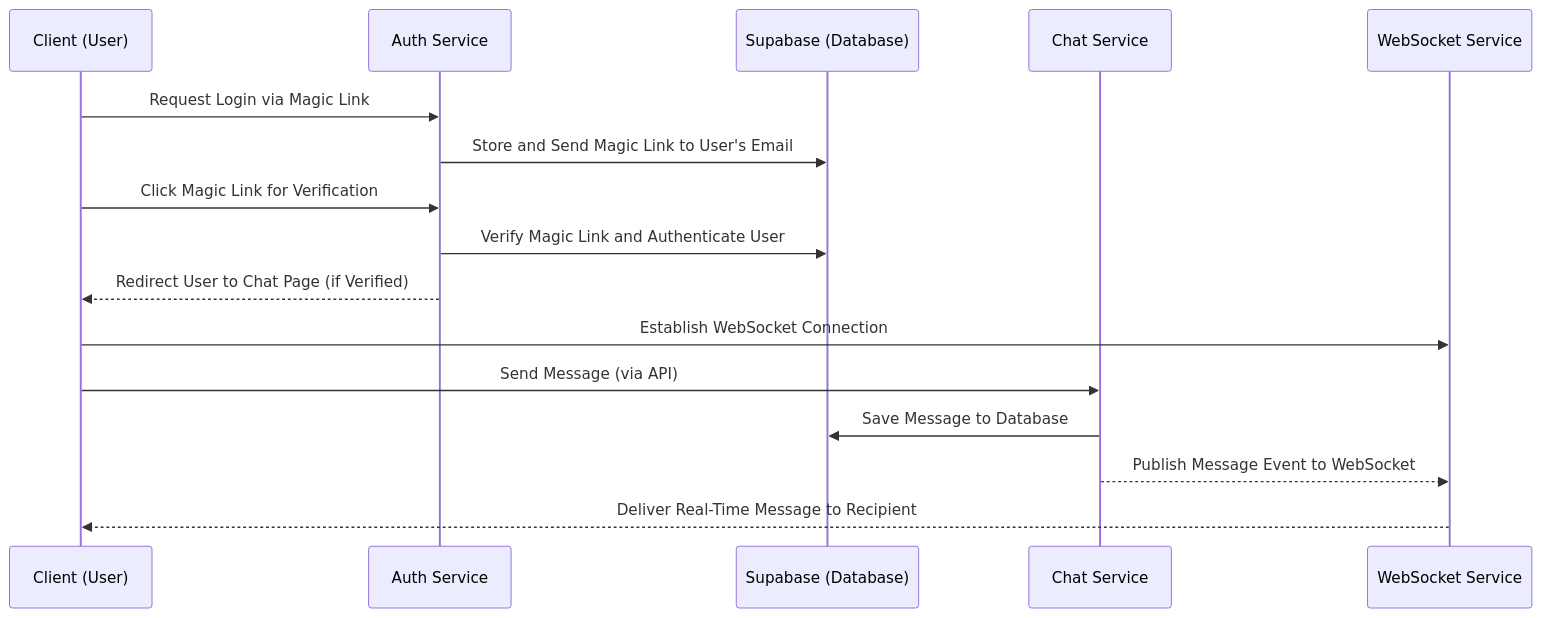
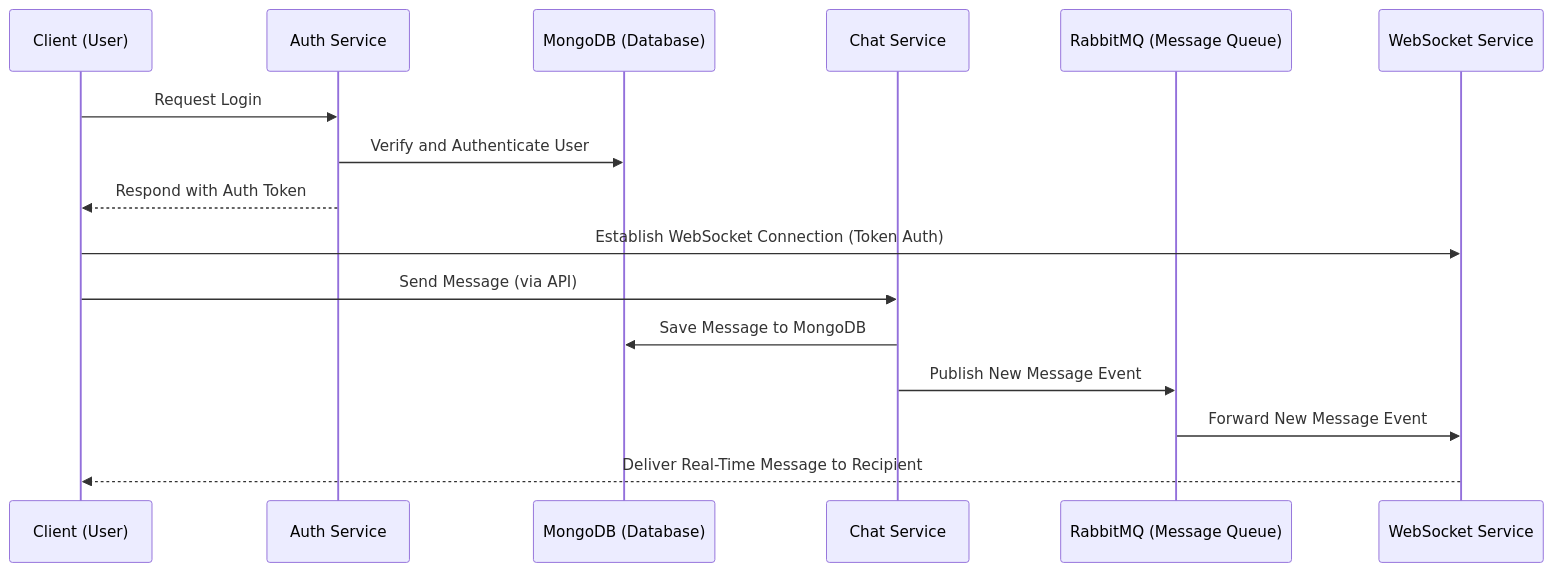
One commit to Eshetu21/DS-CHAT changed the diagram in README.md. Above: the diagram before and after it, drawn with Mermaid. The commit also changed other lines of this file, not shown here.

````diff
--- a/README.md
+++ b/README.md
@@ -66,20 +83,21 @@
 ```mermaid
 sequenceDiagram
     participant User as Client (User)
     participant Auth as Auth Service
-    participant DB as Supabase (Database)
+    participant DB as MongoDB (Database)
     participant Chat as Chat Service
+    participant MQ as RabbitMQ (Message Queue)
     participant WS as WebSocket Service
 
-    User->>Auth: Request Login via Magic Link
-    Auth->>DB: Store and Send Magic Link to User's Email
-    User->>Auth: Click Magic Link for Verification
-    Auth->>DB: Verify Magic Link and Authenticate User
-    Auth-->>User: Redirect User to Chat Page (if Verified)
-    User->>WS: Establish WebSocket Connection
+    User->>Auth: Request Login
+    Auth->>DB: Verify and Authenticate User
+    Auth-->>User: Respond with Auth Token
+    User->>WS: Establish WebSocket Connection (Token Auth)
     User->>Chat: Send Message (via API)
-    Chat->>DB: Save Message to Database
-    Chat-->>WS: Publish Message Event to WebSocket
+    Chat->>DB: Save Message to MongoDB
+    Chat->>MQ: Publish New Message Event
+    MQ->>WS: Forward New Message Event
     WS-->>User: Deliver Real-Time Message to Recipient
 
+
 ```
````
